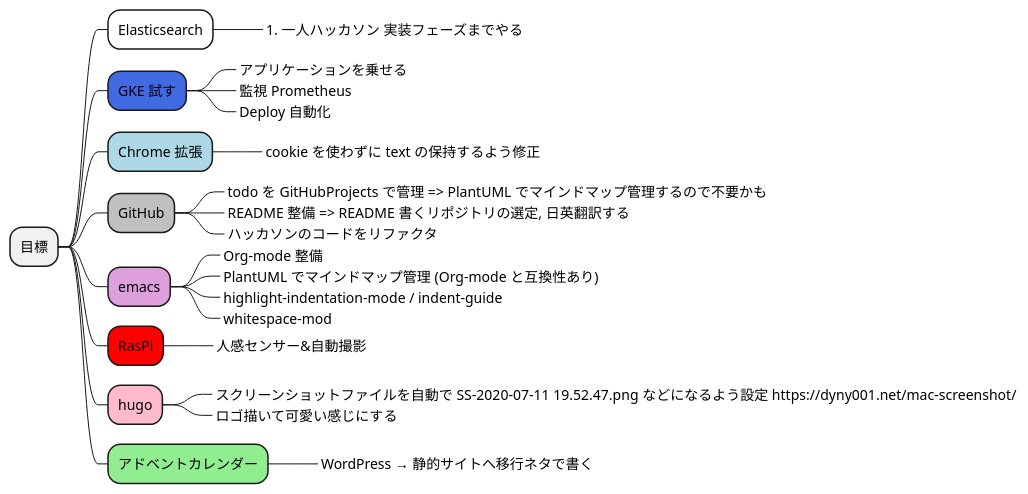
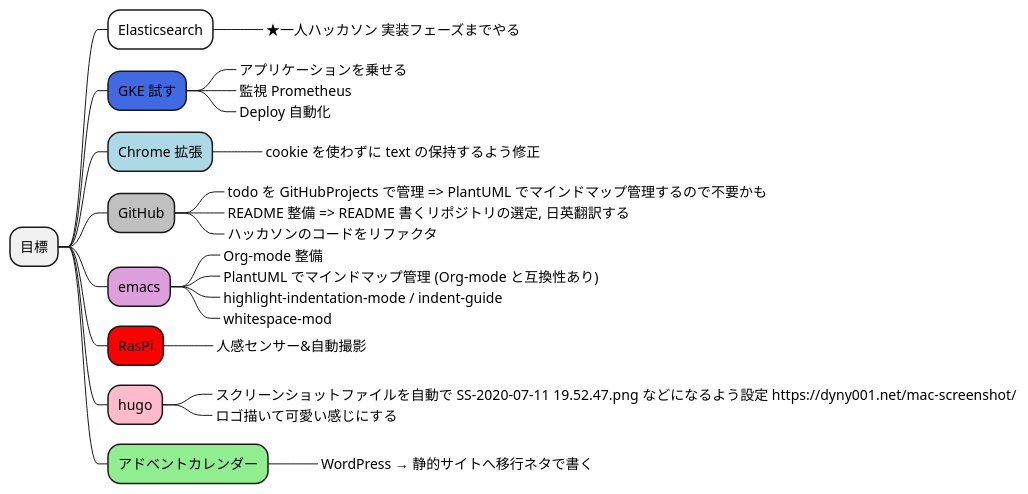
One commit to Ishizuka427/MindMap changed the diagram in test.puml. Above: the diagram before and after it, drawn with PlantUML.

```diff
--- a/test.puml
+++ b/test.puml
@@ -1,27 +1,27 @@
 @startmindmap
 * 目標
 **[#white] Elasticsearch
-***_ #一人ハッカソン 実装フェーズまでやる
+***_ ★一人ハッカソン 実装フェーズまでやる
 **[#royalblue] GKE 試す
 ***_ アプリケーションを乗せる
 ***_ 監視 Prometheus
 ***_ Deploy 自動化 
 **[#lightblue] Chrome 拡張
 ***_ cookie を使わずに text の保持するよう修正
 **[#silver] GitHub
 ***_ todo を GitHubProjects で管理 => PlantUML でマインドマップ管理するので不要かも
 ***_ README 整備 => README 書くリポジトリの選定, 日英翻訳する
 ***_ ハッカソンのコードをリファクタ
 **[#plum] emacs
 ***_ Org-mode 整備
 ***_ PlantUML でマインドマップ管理 (Org-mode と互換性あり)
 ***_ highlight-indentation-mode / indent-guide
 ***_ whitespace-mod
 **[#red] RasPi
 ***_ 人感センサー&自動撮影
 **[#FFBBCC] hugo
 ***_ スクリーンショットファイルを自動で SS-2020-07-11 19.52.47.png などになるよう設定 https://dyny001.net/mac-screenshot/
 ***_ ロゴ描いて可愛い感じにする
 **[#lightgreen] アドベントカレンダー
 ***_ WordPress → 静的サイトへ移行ネタで書く
 @endmindmap
```
